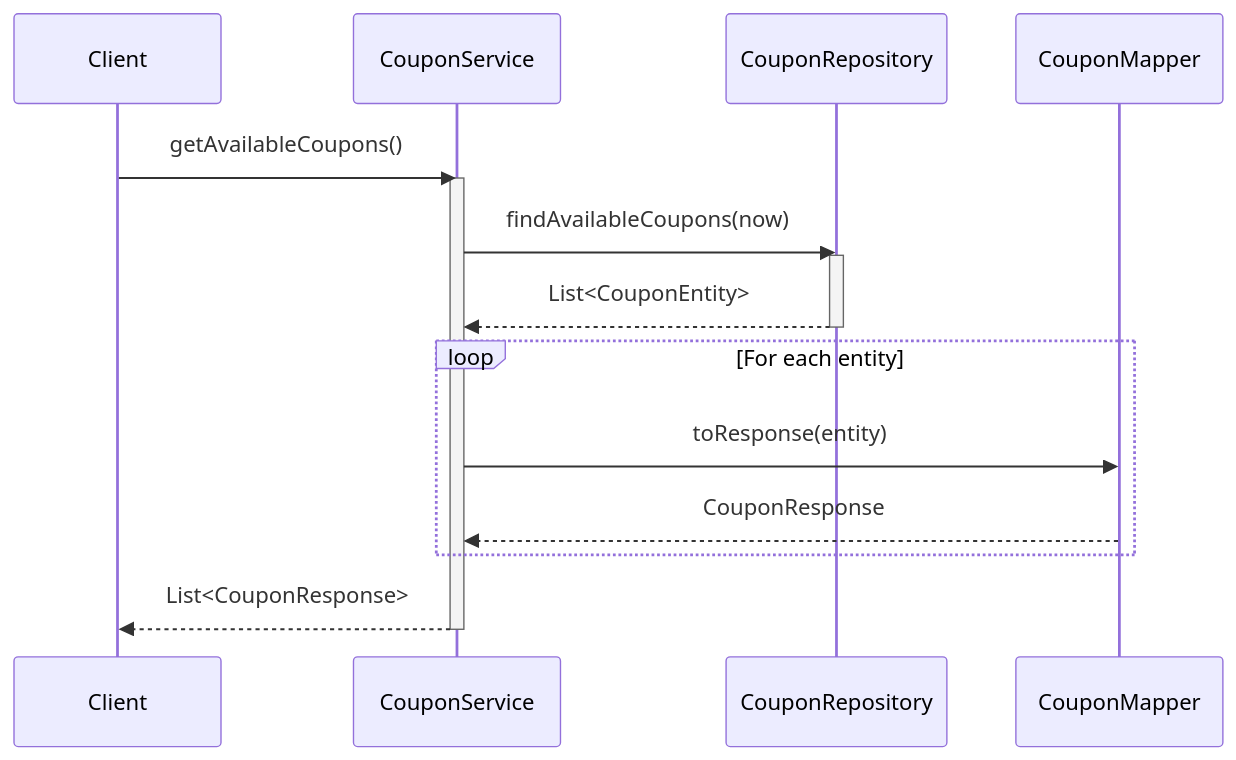
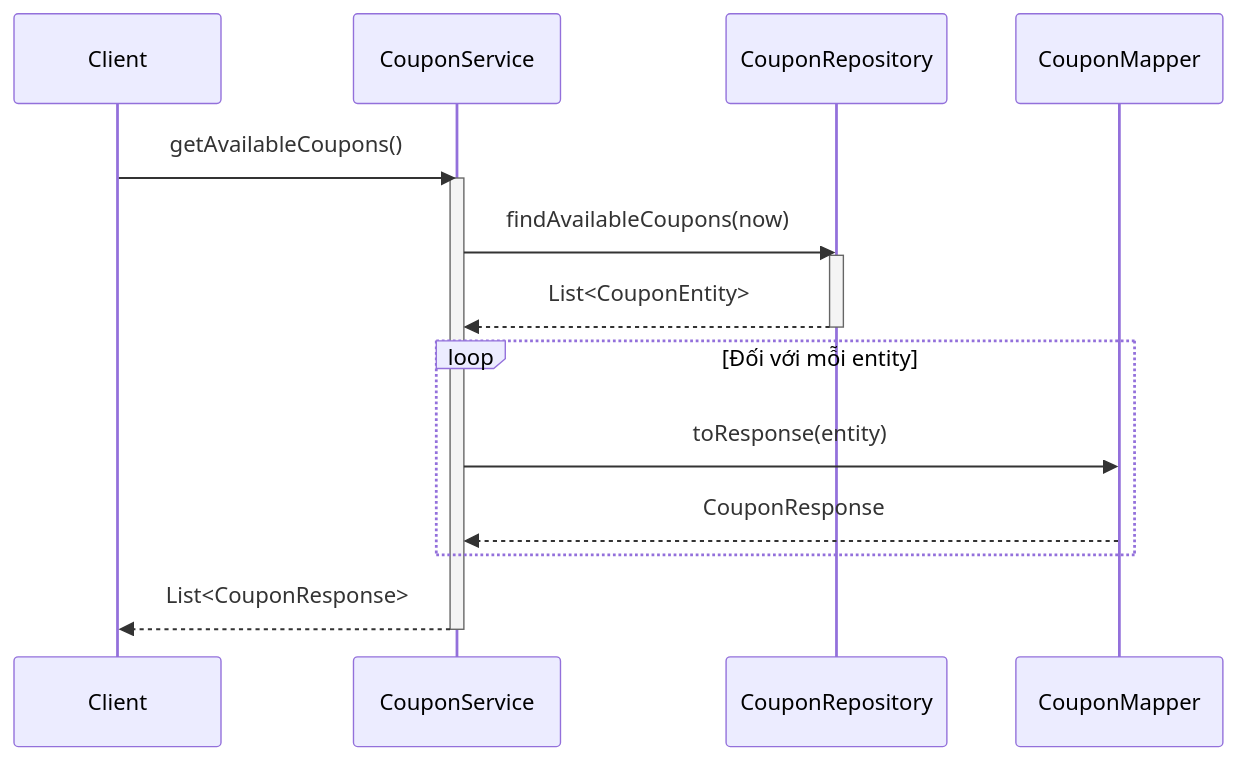
The fourth of 4 diagrams in .agent/sequence/coupon_service_sequence_diagrams.md (aquoc09/easymall), drawn with Mermaid before and after one commit. The commit also changed other lines of this file and 18 other files, not shown here.

Commit message:
UPDATE: Sequence diagram vietnamese

````diff
--- a/.agent/sequence/coupon_service_sequence_diagrams.md
+++ b/.agent/sequence/coupon_service_sequence_diagrams.md
@@ -150,23 +150,23 @@
 ```mermaid
 sequenceDiagram
     participant Client
     participant CouponService
     participant CouponRepository
     participant CouponMapper
 
     Client->>CouponService: getAvailableCoupons()
     activate CouponService
 
     CouponService->>CouponRepository: findAvailableCoupons(now)
     activate CouponRepository
     CouponRepository-->>CouponService: List<CouponEntity>
     deactivate CouponRepository
 
-    loop For each entity
+    loop Đối với mỗi entity
         CouponService->>CouponMapper: toResponse(entity)
         CouponMapper-->>CouponService: CouponResponse
     end
 
     CouponService-->>Client: List<CouponResponse>
     deactivate CouponService
 ```
````
